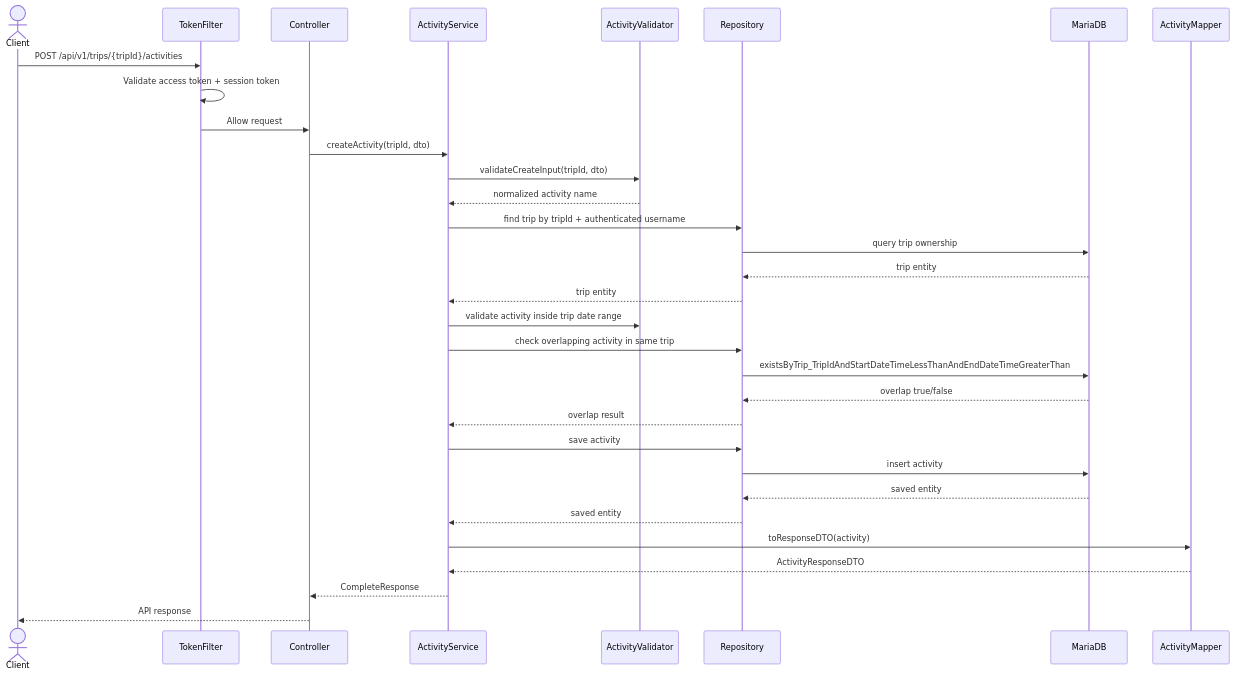
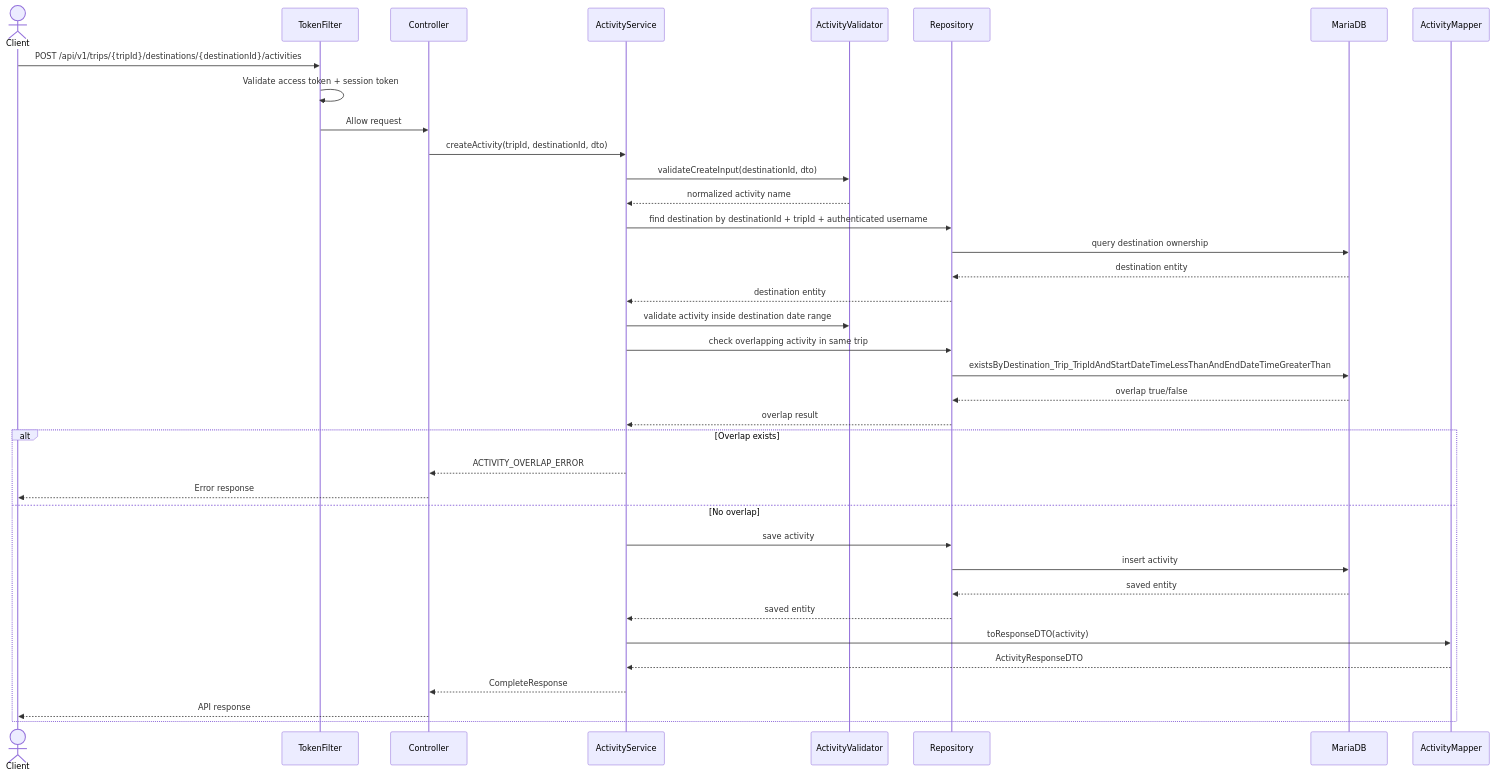
The fourth of 4 diagrams in backend/docs/ARCHITECTURE.md (JustinBui22/wandermate-fullstack), drawn with Mermaid before and after one commit. The commit also changed other lines of this file and 6 other files, not shown here.

````diff
--- a/backend/docs/ARCHITECTURE.md
+++ b/backend/docs/ARCHITECTURE.md
@@ -125,35 +220,40 @@
 ```mermaid
 sequenceDiagram
     actor Client
     participant Security as TokenFilter
     participant Controller
     participant Service as ActivityService
     participant Validator as ActivityValidator
     participant Repo as Repository
     participant DB as MariaDB
     participant Mapper as ActivityMapper
 
-    Client->>Security: POST /api/v1/trips/{tripId}/activities
+    Client->>Security: POST /api/v1/trips/{tripId}/destinations/{destinationId}/activities
     Security->>Security: Validate access token + session token
     Security->>Controller: Allow request
-    Controller->>Service: createActivity(tripId, dto)
-    Service->>Validator: validateCreateInput(tripId, dto)
+    Controller->>Service: createActivity(tripId, destinationId, dto)
+    Service->>Validator: validateCreateInput(destinationId, dto)
     Validator-->>Service: normalized activity name
-    Service->>Repo: find trip by tripId + authenticated username
-    Repo->>DB: query trip ownership
-    DB-->>Repo: trip entity
-    Repo-->>Service: trip entity
-    Service->>Validator: validate activity inside trip date range
+    Service->>Repo: find destination by destinationId + tripId + authenticated username
+    Repo->>DB: query destination ownership
+    DB-->>Repo: destination entity
+    Repo-->>Service: destination entity
+    Service->>Validator: validate activity inside destination date range
     Service->>Repo: check overlapping activity in same trip
-    Repo->>DB: existsByTrip_TripIdAndStartDateTimeLessThanAndEndDateTimeGreaterThan
+    Repo->>DB: existsByDestination_Trip_TripIdAndStartDateTimeLessThanAndEndDateTimeGreaterThan
     DB-->>Repo: overlap true/false
     Repo-->>Service: overlap result
-    Service->>Repo: save activity
-    Repo->>DB: insert activity
-    DB-->>Repo: saved entity
-    Repo-->>Service: saved entity
-    Service->>Mapper: toResponseDTO(activity)
-    Mapper-->>Service: ActivityResponseDTO
-    Service-->>Controller: CompleteResponse
-    Controller-->>Client: API response
+    alt Overlap exists
+        Service-->>Controller: ACTIVITY_OVERLAP_ERROR
+        Controller-->>Client: Error response
+    else No overlap
+        Service->>Repo: save activity
+        Repo->>DB: insert activity
+        DB-->>Repo: saved entity
+        Repo-->>Service: saved entity
+        Service->>Mapper: toResponseDTO(activity)
+        Mapper-->>Service: ActivityResponseDTO
+        Service-->>Controller: CompleteResponse
+        Controller-->>Client: API response
+    end
 ```
````
